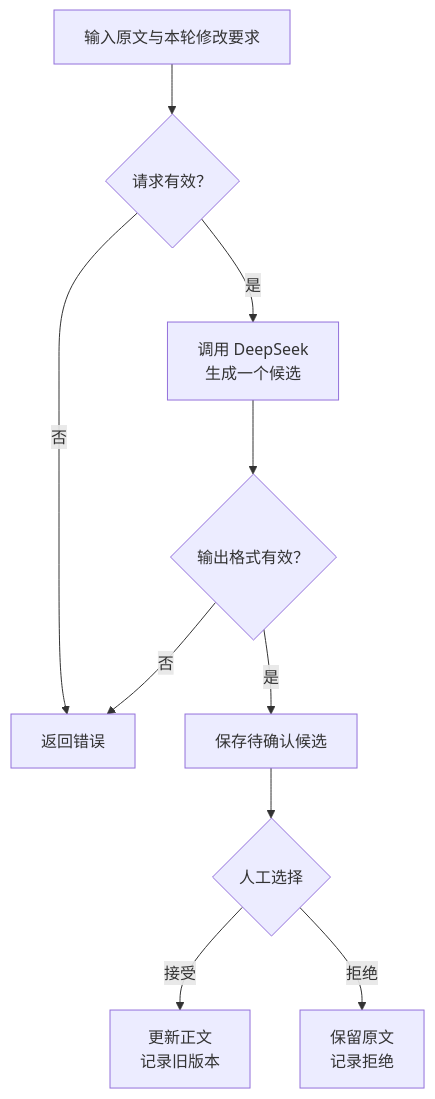
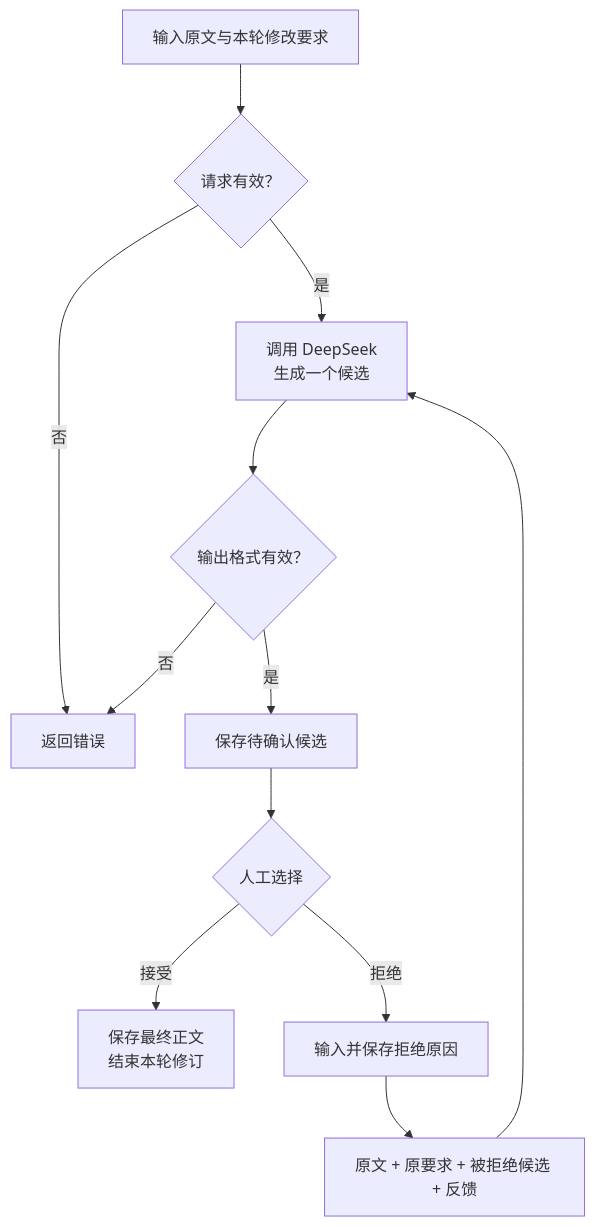
The diagram in README.md (SenTomKing/01Writing), drawn with Mermaid before and after one commit. The commit also changed other lines of this file and 11 other files, not shown here.

````diff
--- a/README.md
+++ b/README.md
@@ -20,12 +22,14 @@
 ```mermaid
 flowchart TD
     A[输入原文与本轮修改要求] --> B{请求有效？}
     B -- 否 --> C[返回错误]
     B -- 是 --> D[调用 DeepSeek<br/>生成一个候选]
     D --> E{输出格式有效？}
     E -- 否 --> C
     E -- 是 --> F[保存待确认候选]
     F --> G{人工选择}
-    G -- 接受 --> H[更新正文<br/>记录旧版本]
-    G -- 拒绝 --> I[保留原文<br/>记录拒绝]
+    G -- 接受 --> H[保存最终正文<br/>结束本轮修订]
+    G -- 拒绝 --> I[输入并保存拒绝原因]
+    I --> J[原文 + 原要求 + 被拒绝候选 + 反馈]
+    J --> D
 ```
````
